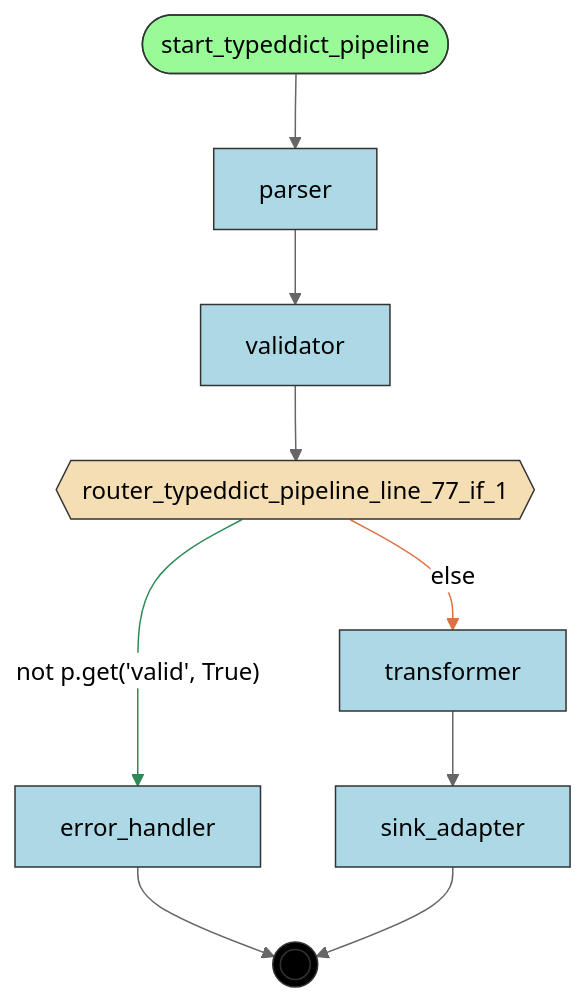
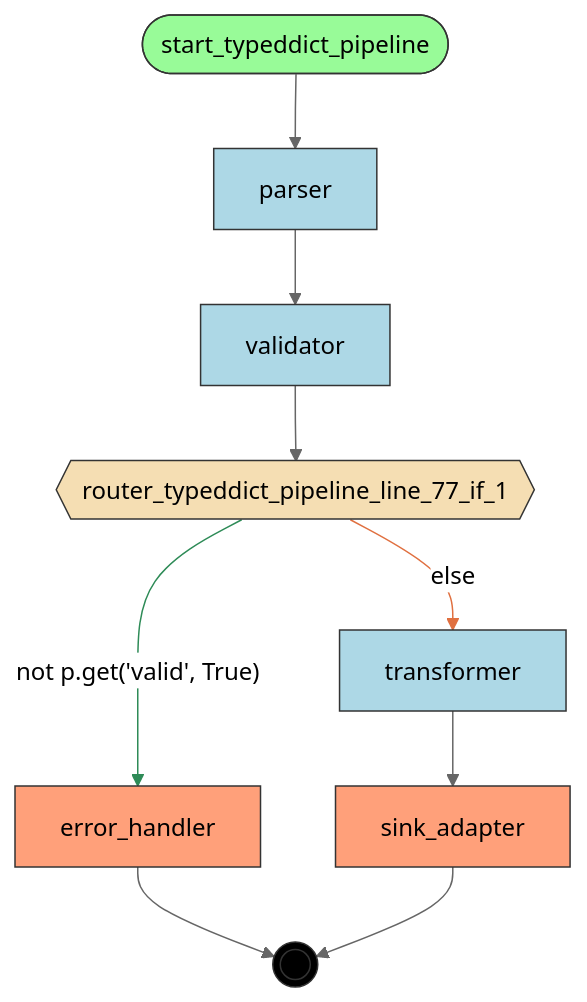
One commit to deliveryhero/asya changed the diagram in examples/flows/compiled/typed_dict_pipeline/flow.mmd. Above: the diagram before and after it, drawn with Mermaid (neutral theme). The commit also changed 263 other files, not shown here.

Commit message:
refactor(compiler): rename flow_role->role, is_generated->generated; add two-label manifest system (asya.sh/role + asya.sh/generated)

```diff
--- a/examples/flows/compiled/typed_dict_pipeline/flow.mmd
+++ b/examples/flows/compiled/typed_dict_pipeline/flow.mmd
@@ -1,31 +1,33 @@
 flowchart TD
     %% Flow: typeddict_pipeline
 
     error_handler[error_handler]
     parser[parser]
     router_typeddict_pipeline_line_77_if_1{{router_typeddict_pipeline_line_77_if_1}}
     sink_adapter[sink_adapter]
     start_typeddict_pipeline([start_typeddict_pipeline])
     transformer[transformer]
     validator[validator]
     __end__((( )))
 
     start_typeddict_pipeline --> parser
     parser --> validator
     validator --> router_typeddict_pipeline_line_77_if_1
     router_typeddict_pipeline_line_77_if_1 -->|"else"| transformer
     transformer --> sink_adapter
     router_typeddict_pipeline_line_77_if_1 -->|"not p.get('valid', True)"| error_handler
     error_handler --> __end__
     sink_adapter --> __end__
 
     classDef start fill:#98FB98,stroke:#333
+    classDef endnode fill:#FFA07A,stroke:#333
     classDef router fill:#F5DEB3,stroke:#333
     classDef handler fill:#ADD8E6,stroke:#333
     classDef endpoint fill:#000,stroke:#333,color:#fff
     class start_typeddict_pipeline start
+    class error_handler,sink_adapter endnode
     class router_typeddict_pipeline_line_77_if_1 router
-    class error_handler,parser,sink_adapter,transformer,validator handler
+    class parser,transformer,validator handler
     class __end__ endpoint
     linkStyle 5 stroke:#2E8B57
     linkStyle 3 stroke:#E07040
```
